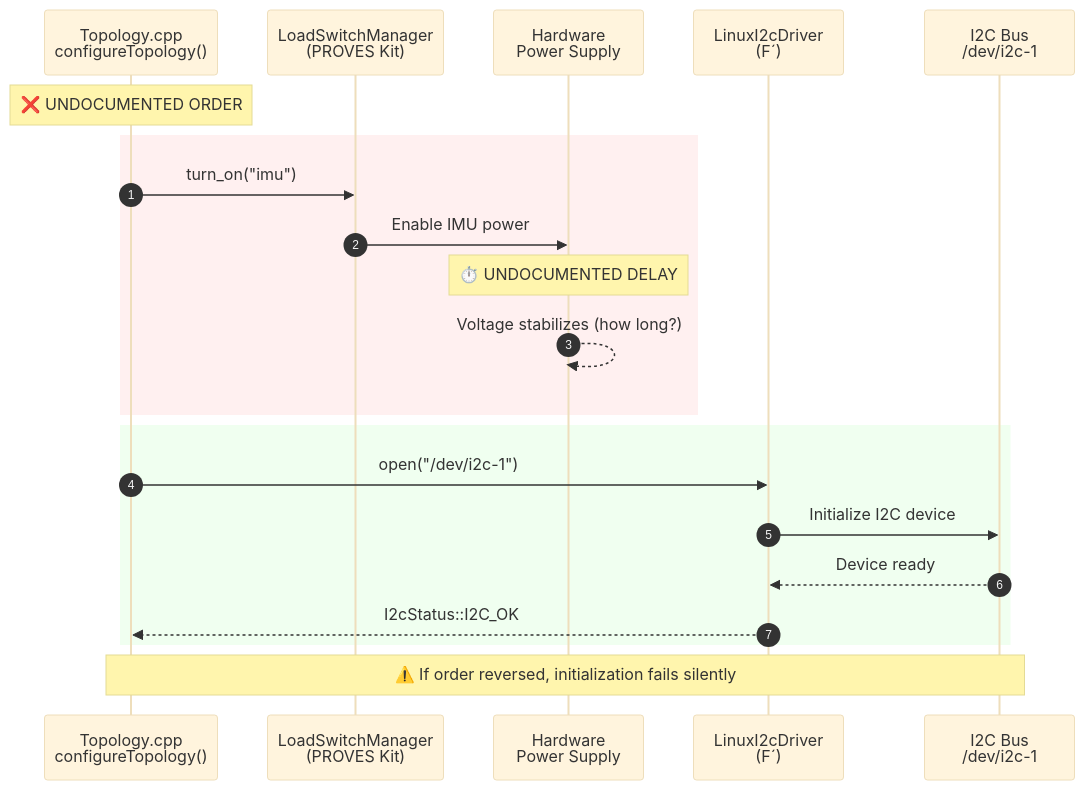
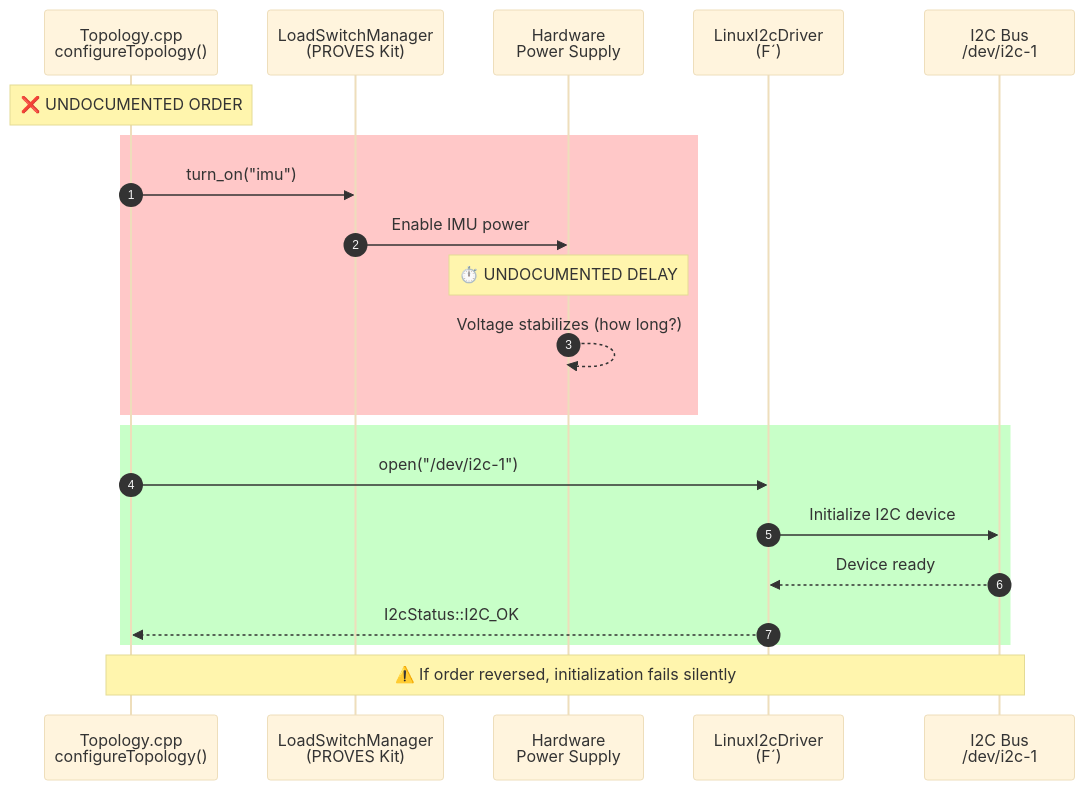
The second of 6 diagrams in docs/diagrams/cross-system.md (Lizo-RoadTown/PROVES_LIBRARY), drawn with Mermaid (base theme) before and after one commit. The commit also changed 3 other files, not shown here.

First line of the commit message:
Fix temporal ordering diagram color visibility

````diff
--- a/docs/diagrams/cross-system.md
+++ b/docs/diagrams/cross-system.md
@@ -140,27 +140,27 @@
 ```mermaid
 sequenceDiagram
     autonumber
     participant Topology as Topology.cpp<br/>configureTopology()
     participant LSM as LoadSwitchManager<br/>(PROVES Kit)
     participant Power as Hardware<br/>Power Supply
     participant BusDrv as LinuxI2cDriver<br/>(F´)
     participant I2C as I2C Bus<br/>/dev/i2c-1
 
     Note over Topology: ❌ UNDOCUMENTED ORDER
 
-    rect rgb(255, 240, 240)
+    rect rgb(255, 200, 200)
         Topology->>LSM: turn_on("imu")
         LSM->>Power: Enable IMU power
         Note over Power: ⏱️ UNDOCUMENTED DELAY
         Power-->>Power: Voltage stabilizes (how long?)
     end
 
-    rect rgb(240, 255, 240)
+    rect rgb(200, 255, 200)
         Topology->>BusDrv: open("/dev/i2c-1")
         BusDrv->>I2C: Initialize I2C device
         I2C-->>BusDrv: Device ready
         BusDrv-->>Topology: I2cStatus::I2C_OK
     end
 
     Note over Topology,I2C: ⚠️ If order reversed, initialization fails silently
 ```
````
